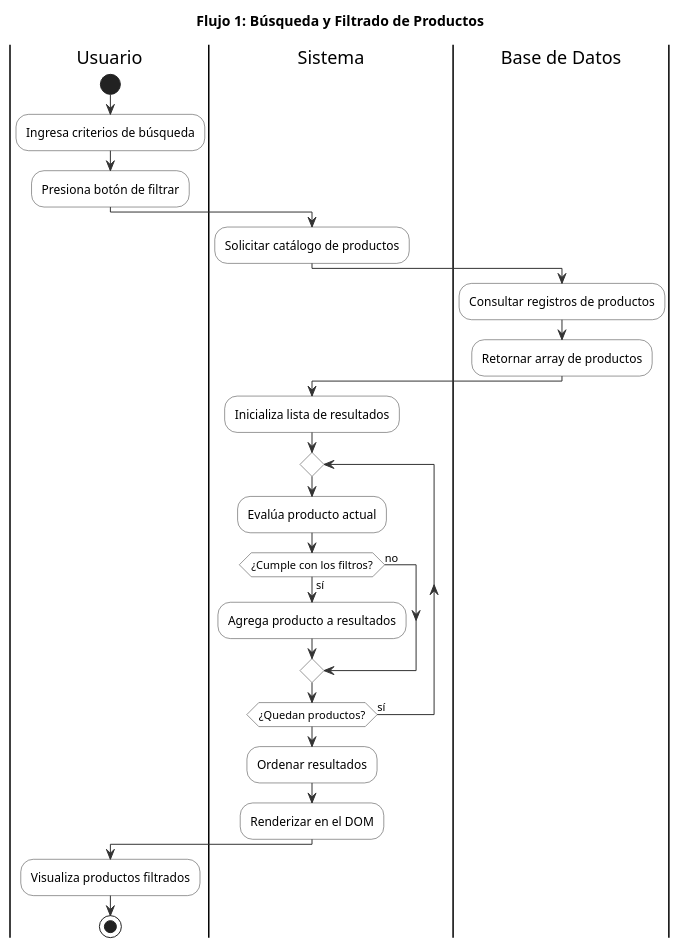
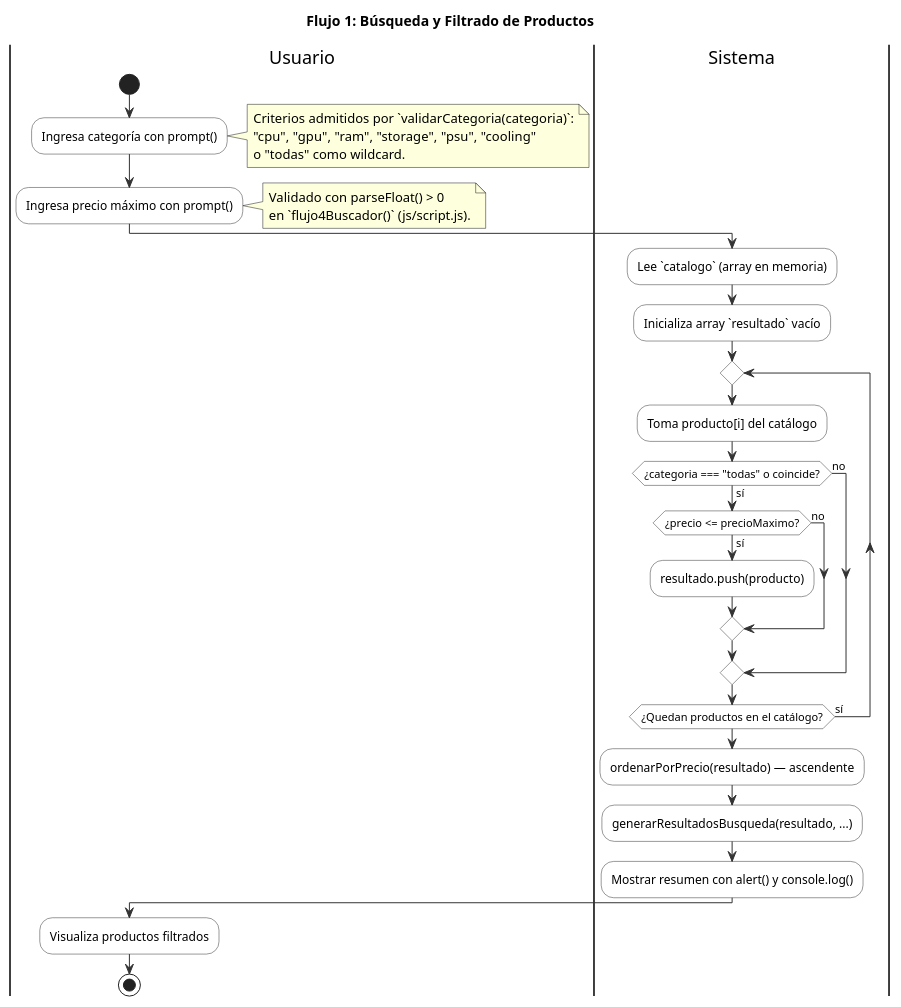
Before and after one commit to GonzaloBarbano/E-commerce: the diagram in docs/05-diagramas/01-diagrama-de-actividades/actividad-flujo-1-busqueda.puml, drawn with PlantUML. The commit also changed 3 other files, not shown here.

```diff
--- a/docs/05-diagramas/01-diagrama-de-actividades/actividad-flujo-1-busqueda.puml
+++ b/docs/05-diagramas/01-diagrama-de-actividades/actividad-flujo-1-busqueda.puml
@@ -1,34 +1,41 @@
 @startuml flujo-1-busqueda
 title Flujo 1: Búsqueda y Filtrado de Productos
 skinparam ActivityBackgroundColor #FFFFFF
 skinparam ActivityBorderColor #333333
 skinparam ArrowColor #333333
 
 |Usuario|
 start
-:Ingresa criterios de búsqueda;
-:Presiona botón de filtrar;
+:Ingresa categoría con prompt();
+note right
+  Criterios admitidos por `validarCategoria(categoria)`:
+  "cpu", "gpu", "ram", "storage", "psu", "cooling"
+  o "todas" como wildcard.
+end note
+:Ingresa precio máximo con prompt();
+note right
+  Validado con parseFloat() > 0
+  en `flujo4Buscador()` (js/script.js).
+end note
 
 |Sistema|
-:Solicitar catálogo de productos;
-
-|Base de Datos|
-:Consultar registros de productos;
-:Retornar array de productos;
-
-|Sistema|
-:Inicializa lista de resultados;
+:Lee `catalogo` (array en memoria);
+:Inicializa array `resultado` vacío;
 repeat
-  :Evalúa producto actual;
-  if (¿Cumple con los filtros?) then (sí)
-    :Agrega producto a resultados;
+  :Toma producto[i] del catálogo;
+  if (¿categoria === "todas" o coincide?) then (sí)
+    if (¿precio <= precioMaximo?) then (sí)
+      :resultado.push(producto);
+    else (no)
+    endif
   else (no)
   endif
-repeat while (¿Quedan productos?) is (sí)
-:Ordenar resultados;
-:Renderizar en el DOM;
+repeat while (¿Quedan productos en el catálogo?) is (sí)
+:ordenarPorPrecio(resultado) — ascendente;
+:generarResultadosBusqueda(resultado, ...);
+:Mostrar resumen con alert() y console.log();
 
 |Usuario|
 :Visualiza productos filtrados;
 stop
 @enduml
```
